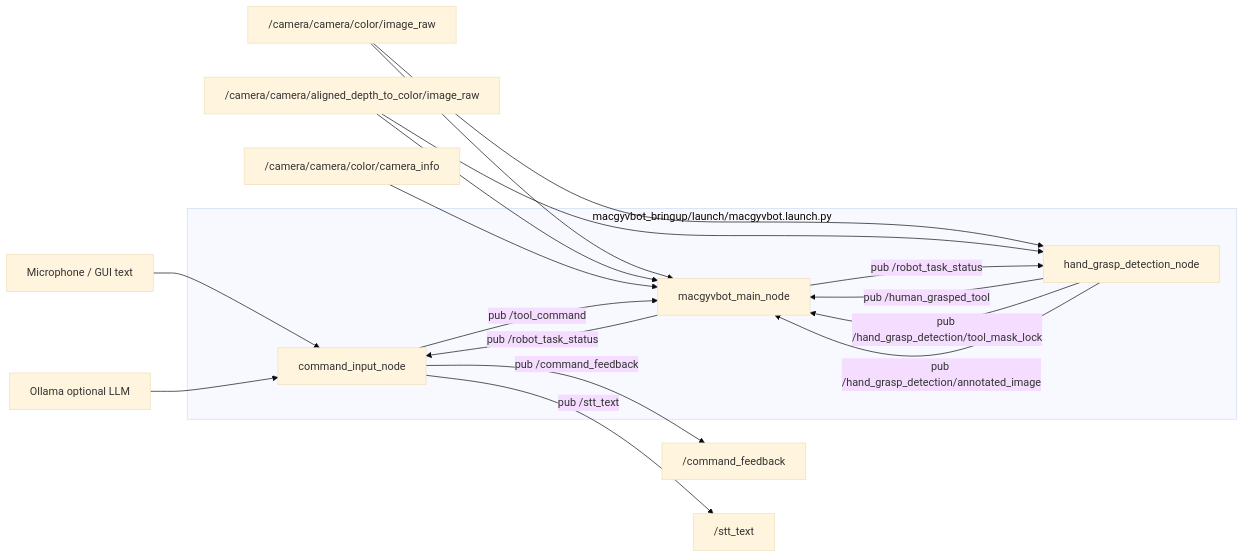
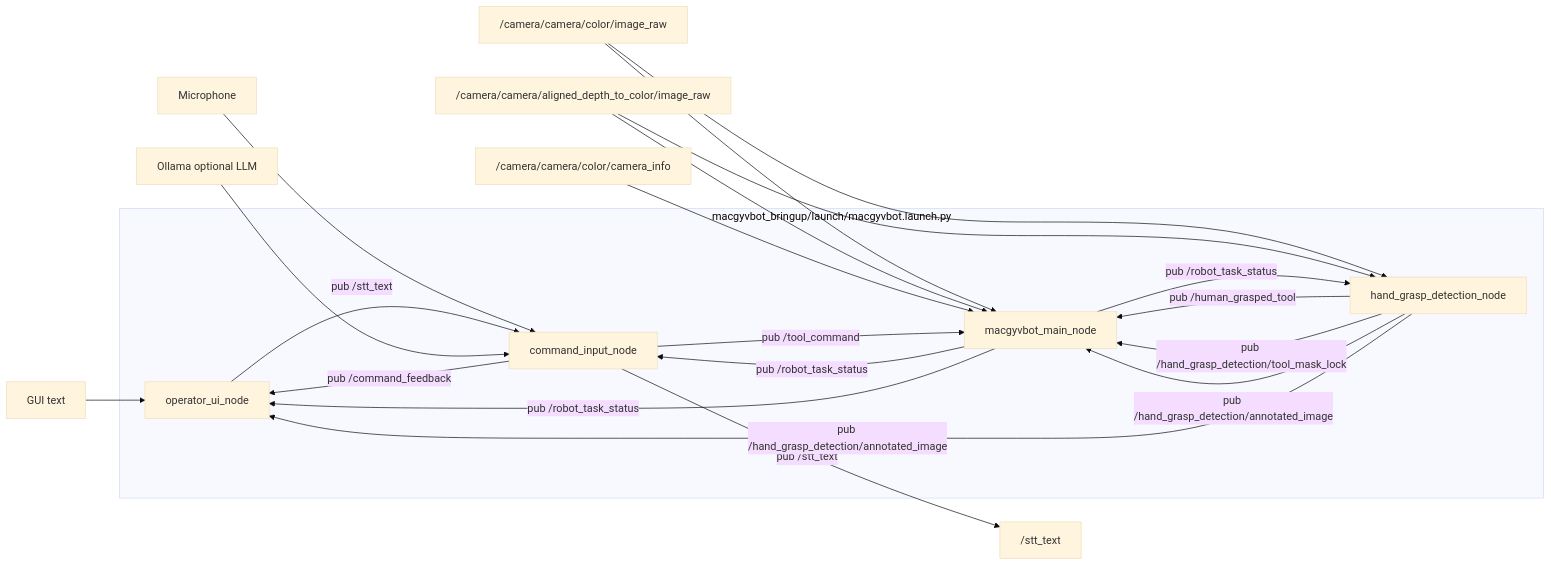
Before and after one commit to MacGyvBot/macgyvbot: the diagram in README.md, drawn with Mermaid (base theme). The commit also changed other lines of this file and 13 other files, not shown here.

Commit message:
refactor: separate command and operator ui packages

````diff
--- a/README.md
+++ b/README.md
@@ -50,27 +51,32 @@
 ```mermaid
 flowchart LR
     subgraph launch["macgyvbot_bringup/launch/macgyvbot.launch.py"]
+        ui["operator_ui_node"]
         cmd["command_input_node"]
         hand["hand_grasp_detection_node"]
         main["macgyvbot_main_node"]
     end
 
-    mic["Microphone / GUI text"] --> cmd
+    mic["Microphone"] --> cmd
+    gui_text["GUI text"] --> ui
+    ui -- "pub /stt_text" --> cmd
     ollama["Ollama optional LLM"] --> cmd
 
     color["/camera/camera/color/image_raw"] --> hand
     depth["/camera/camera/aligned_depth_to_color/image_raw"] --> hand
     color --> main
     depth --> main
     info["/camera/camera/color/camera_info"] --> main
 
     cmd -- "pub /tool_command" --> main
-    cmd -- "pub /command_feedback" --> feedback["/command_feedback"]
+    cmd -- "pub /command_feedback" --> ui
     cmd -- "pub /stt_text" --> stt["/stt_text"]
 
     main -- "pub /robot_task_status" --> cmd
+    main -- "pub /robot_task_status" --> ui
     main -- "pub /robot_task_status" --> hand
     hand -- "pub /human_grasped_tool" --> main
     hand -- "pub /hand_grasp_detection/tool_mask_lock" --> main
     hand -- "pub /hand_grasp_detection/annotated_image" --> main
+    hand -- "pub /hand_grasp_detection/annotated_image" --> ui
 ```
````
